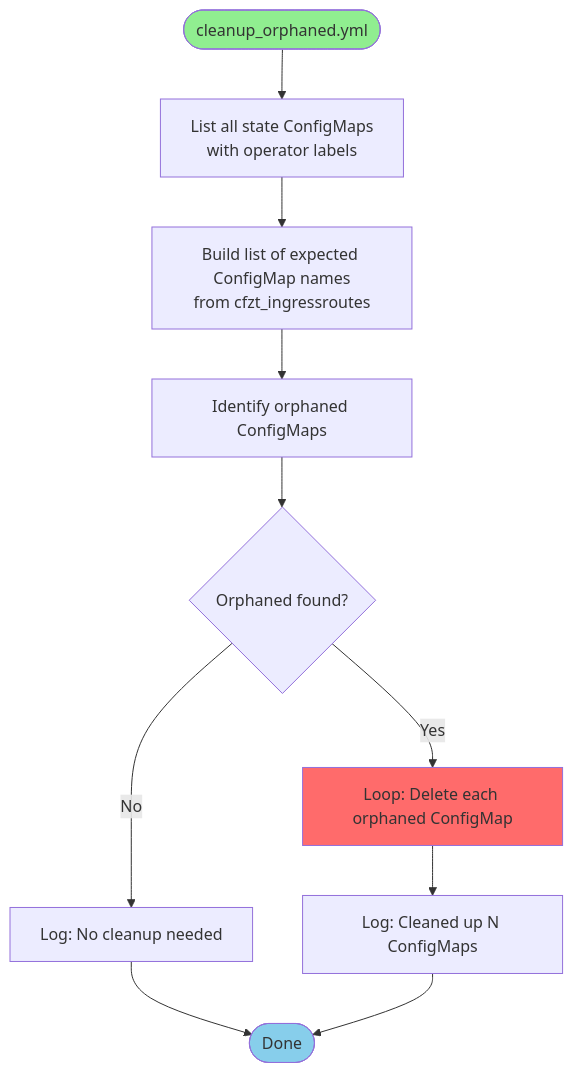
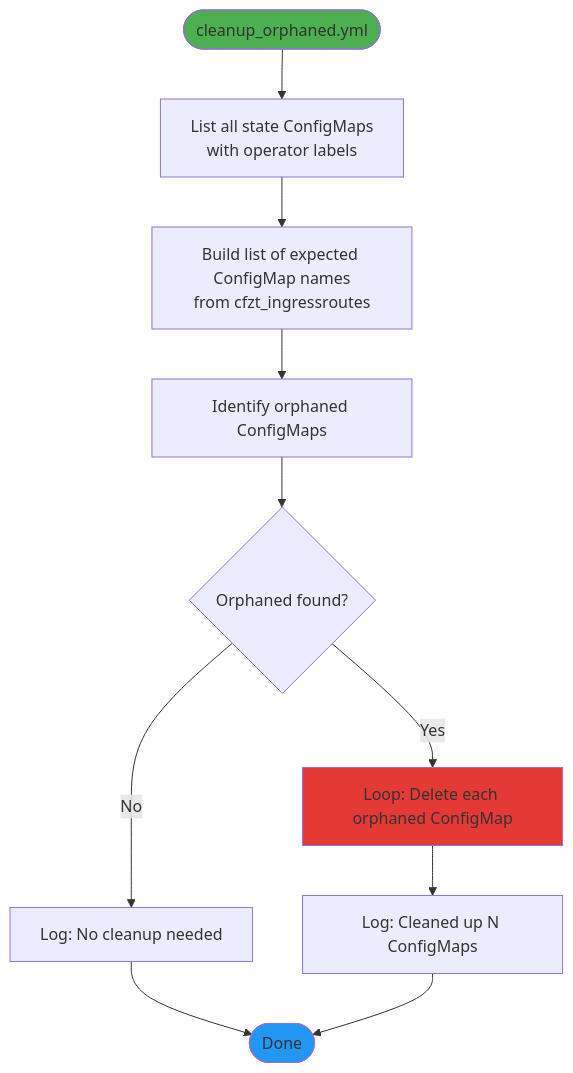
Before and after one commit to wheetazlab/cloudflare-zero-trust-operator: the ninth of 20 diagrams in docs/flow.md, drawn with Mermaid. The commit also changed other lines of this file and 1 other file, not shown here.

First line of the commit message:
fix: Replace light colors in mermaid diagrams with darker, more readable colors

````diff
--- a/docs/flow.md
+++ b/docs/flow.md
@@ -621,22 +621,22 @@
 ```mermaid
 flowchart TD
     START([cleanup_orphaned.yml]) --> LIST_CM[List all state ConfigMaps<br/>with operator labels]
     
     LIST_CM --> BUILD_EXPECTED[Build list of expected ConfigMap names<br/>from cfzt_ingressroutes]
     
     BUILD_EXPECTED --> COMPARE[Identify orphaned ConfigMaps]
     
     COMPARE --> CHECK{Orphaned found?}
     
     CHECK -->|No| LOG_NONE[Log: No cleanup needed]
     CHECK -->|Yes| DELETE[Loop: Delete each orphaned ConfigMap]
     
     DELETE --> LOG_CLEANUP[Log: Cleaned up N ConfigMaps]
     
     LOG_NONE --> END([Done])
     LOG_CLEANUP --> END
     
-    style START fill:#90EE90
-    style DELETE fill:#FF6B6B
-    style END fill:#87CEEB
+    style START fill:#4CAF50
+    style DELETE fill:#E53935
+    style END fill:#2196F3
 ```
````
